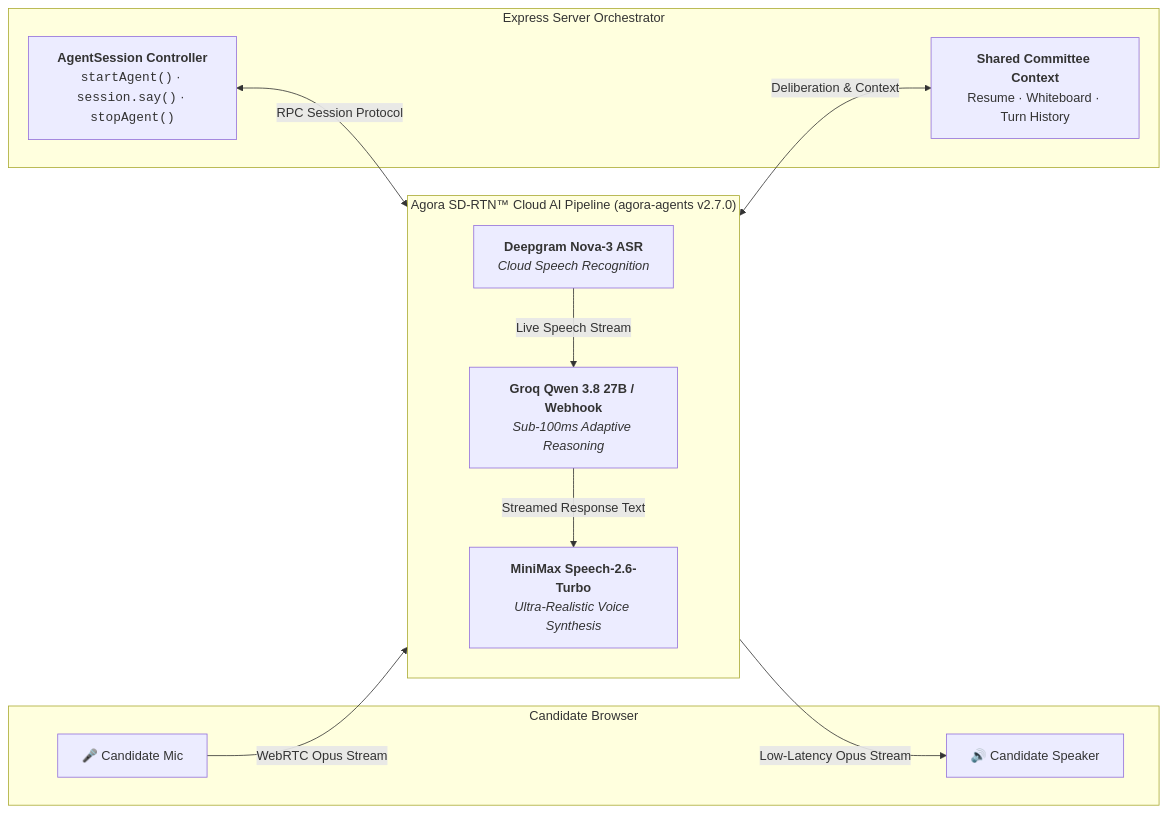
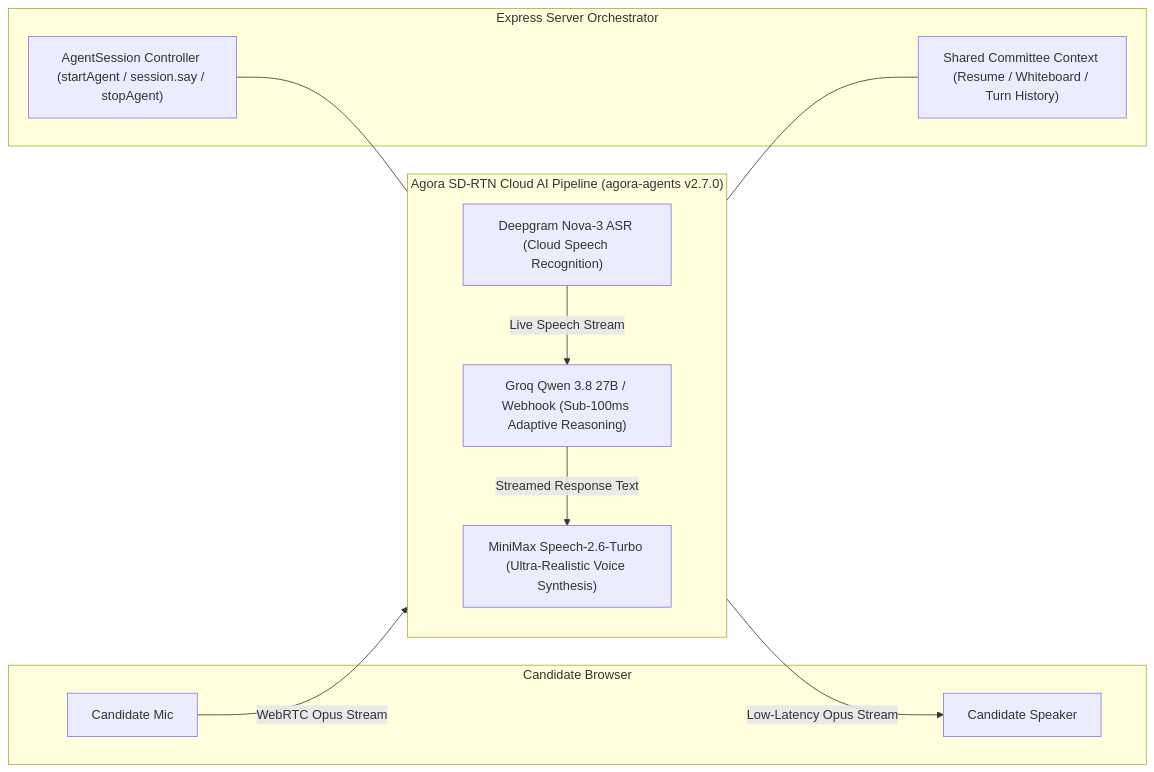
Before and after one commit to RiyanshiVerma-11/Vocalis-AI: the second of 6 diagrams in README.md, drawn with Mermaid. The commit also changed other lines of this file and 31 other files, not shown here.

````diff
--- a/README.md
+++ b/README.md
@@ -208,27 +212,27 @@
 ```mermaid
 flowchart LR
     subgraph Candidate ["Candidate Browser"]
-        Mic["🎤 Candidate Mic"]
-        Speaker["🔊 Candidate Speaker"]
+        Mic["Candidate Mic"]
+        Speaker["Candidate Speaker"]
     end
 
-    subgraph AgoraCloud ["Agora SD-RTN™ Cloud AI Pipeline (agora-agents v2.7.0)"]
+    subgraph AgoraCloud ["Agora SD-RTN Cloud AI Pipeline (agora-agents v2.7.0)"]
         direction TB
-        ASR["<b>Deepgram Nova-3 ASR</b><br/><i>Cloud Speech Recognition</i>"]
-        LLM["<b>Groq Qwen 3.8 27B / Webhook</b><br/><i>Sub-100ms Adaptive Reasoning</i>"]
-        TTS["<b>MiniMax Speech-2.6-Turbo</b><br/><i>Ultra-Realistic Voice Synthesis</i>"]
+        ASR["Deepgram Nova-3 ASR (Cloud Speech Recognition)"]
+        LLM["Groq Qwen 3.8 27B / Webhook (Sub-100ms Adaptive Reasoning)"]
+        TTS["MiniMax Speech-2.6-Turbo (Ultra-Realistic Voice Synthesis)"]
         
         ASR -->|Live Speech Stream| LLM
         LLM -->|Streamed Response Text| TTS
     end
 
     subgraph AppServer ["Express Server Orchestrator"]
-        AgentSession["<b>AgentSession Controller</b><br/><code>startAgent()</code> · <code>session.say()</code> · <code>stopAgent()</code>"]
-        SharedMemory["<b>Shared Committee Context</b><br/>Resume · Whiteboard · Turn History"]
+        AgentSession["AgentSession Controller (startAgent / session.say / stopAgent)"]
+        SharedMemory["Shared Committee Context (Resume / Whiteboard / Turn History)"]
     end
 
     Mic -->|WebRTC Opus Stream| ASR
     TTS -->|Low-Latency Opus Stream| Speaker
-    AgentSession <-->|RPC Session Protocol| AgoraCloud
-    LLM <-->|Deliberation & Context| SharedMemory
+    AgentSession --- AgoraCloud
+    LLM --- SharedMemory
 ```
````
